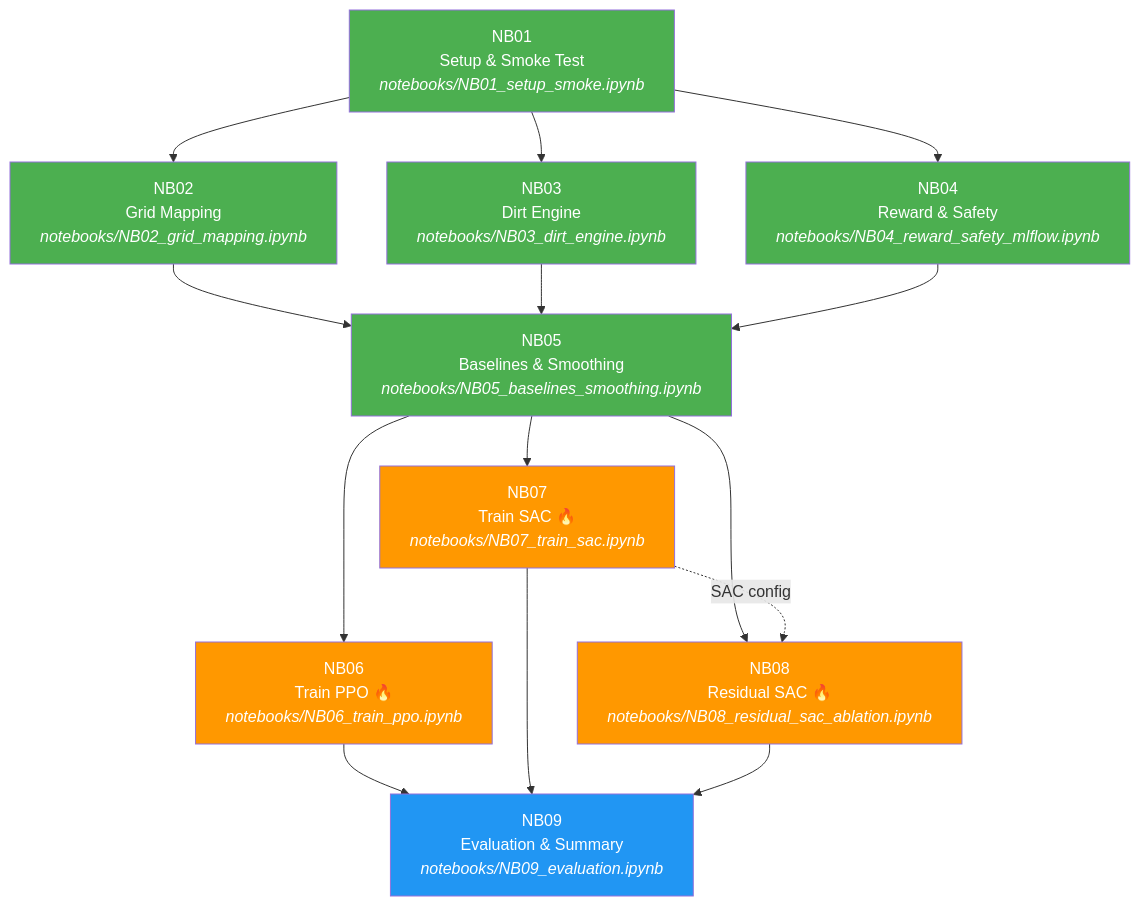
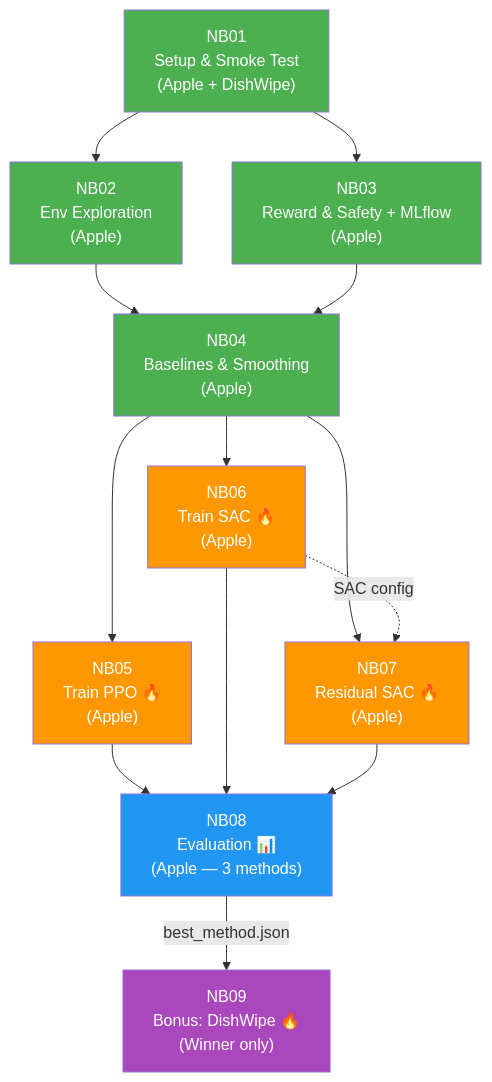
The second of 2 diagrams in docs/00_project_overview.md (siriponsri/robotic-sim-dishwash), drawn with Mermaid before and after one commit. The commit also changed other lines of this file and 68 other files, not shown here.

First line of the commit message:
refactor: Full-body G1 dual-task pipeline (Apple+DishWipe) for RTX 5090

````diff
--- a/docs/00_project_overview.md
+++ b/docs/00_project_overview.md
@@ -98,36 +122,35 @@
 ```mermaid
 graph TD
-    NB01["NB01<br/>Setup & Smoke Test<br/><i>notebooks/NB01_setup_smoke.ipynb</i>"]
-    NB02["NB02<br/>Grid Mapping<br/><i>notebooks/NB02_grid_mapping.ipynb</i>"]
-    NB03["NB03<br/>Dirt Engine<br/><i>notebooks/NB03_dirt_engine.ipynb</i>"]
-    NB04["NB04<br/>Reward & Safety<br/><i>notebooks/NB04_reward_safety_mlflow.ipynb</i>"]
-    NB05["NB05<br/>Baselines & Smoothing<br/><i>notebooks/NB05_baselines_smoothing.ipynb</i>"]
-    NB06["NB06<br/>Train PPO 🔥<br/><i>notebooks/NB06_train_ppo.ipynb</i>"]
-    NB07["NB07<br/>Train SAC 🔥<br/><i>notebooks/NB07_train_sac.ipynb</i>"]
-    NB08["NB08<br/>Residual SAC 🔥<br/><i>notebooks/NB08_residual_sac_ablation.ipynb</i>"]
-    NB09["NB09<br/>Evaluation & Summary<br/><i>notebooks/NB09_evaluation.ipynb</i>"]
+    NB01["NB01<br/>Setup & Smoke Test<br/>(Apple + DishWipe)"]
+    NB02["NB02<br/>Env Exploration<br/>(Apple)"]
+    NB03["NB03<br/>Reward & Safety + MLflow<br/>(Apple)"]
+    NB04["NB04<br/>Baselines & Smoothing<br/>(Apple)"]
+    NB05["NB05<br/>Train PPO 🔥<br/>(Apple)"]
+    NB06["NB06<br/>Train SAC 🔥<br/>(Apple)"]
+    NB07["NB07<br/>Residual SAC 🔥<br/>(Apple)"]
+    NB08["NB08<br/>Evaluation 📊<br/>(Apple — 3 methods)"]
+    NB09["NB09<br/>Bonus: DishWipe 🔥<br/>(Winner only)"]
 
     NB01 --> NB02
     NB01 --> NB03
-    NB01 --> NB04
-    NB02 --> NB05
-    NB03 --> NB05
+    NB02 --> NB04
+    NB03 --> NB04
     NB04 --> NB05
-    NB05 --> NB06
-    NB05 --> NB07
+    NB04 --> NB06
+    NB04 --> NB07
+    NB06 -.->|"SAC config"| NB07
     NB05 --> NB08
-    NB07 -.->|"SAC config"| NB08
-    NB06 --> NB09
-    NB07 --> NB09
-    NB08 --> NB09
+    NB06 --> NB08
+    NB07 --> NB08
+    NB08 -->|"best_method.json"| NB09
 
     style NB01 fill:#4CAF50,color:#fff
     style NB02 fill:#4CAF50,color:#fff
     style NB03 fill:#4CAF50,color:#fff
     style NB04 fill:#4CAF50,color:#fff
-    style NB05 fill:#4CAF50,color:#fff
+    style NB05 fill:#FF9800,color:#fff
     style NB06 fill:#FF9800,color:#fff
     style NB07 fill:#FF9800,color:#fff
-    style NB08 fill:#FF9800,color:#fff
-    style NB09 fill:#2196F3,color:#fff
+    style NB08 fill:#2196F3,color:#fff
+    style NB09 fill:#AB47BC,color:#fff
 ```
````
